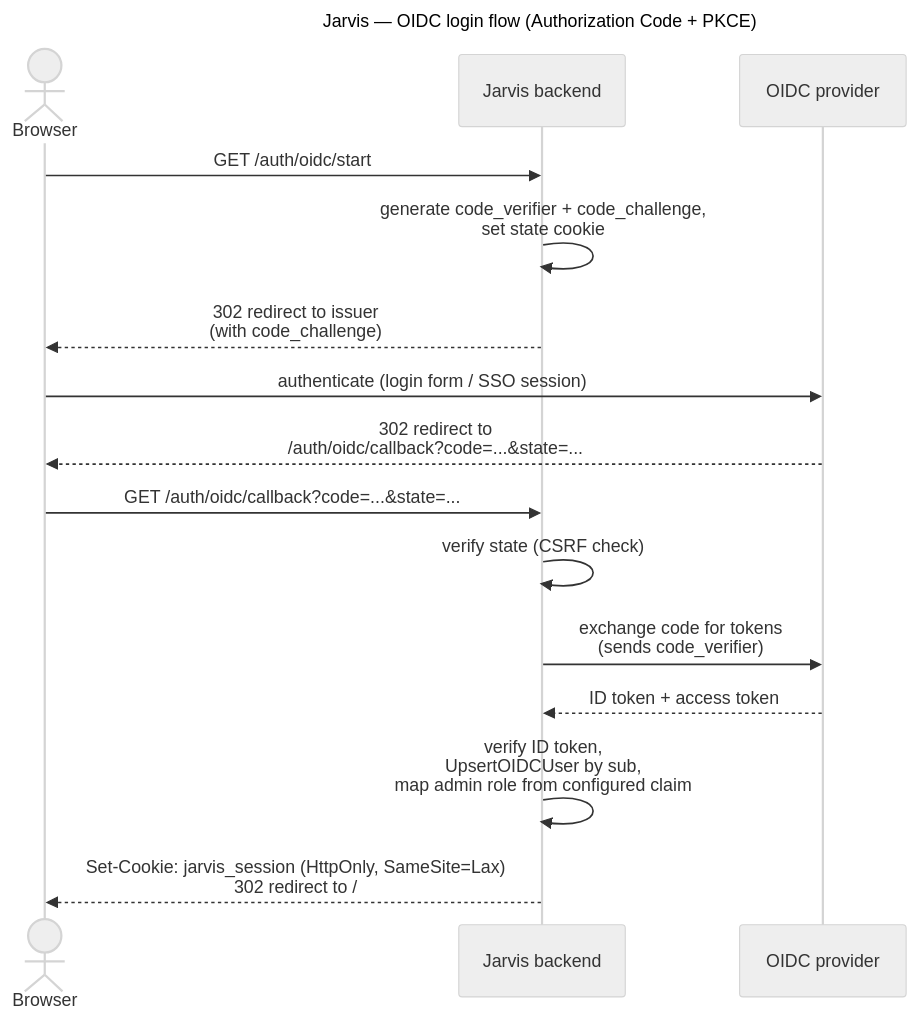
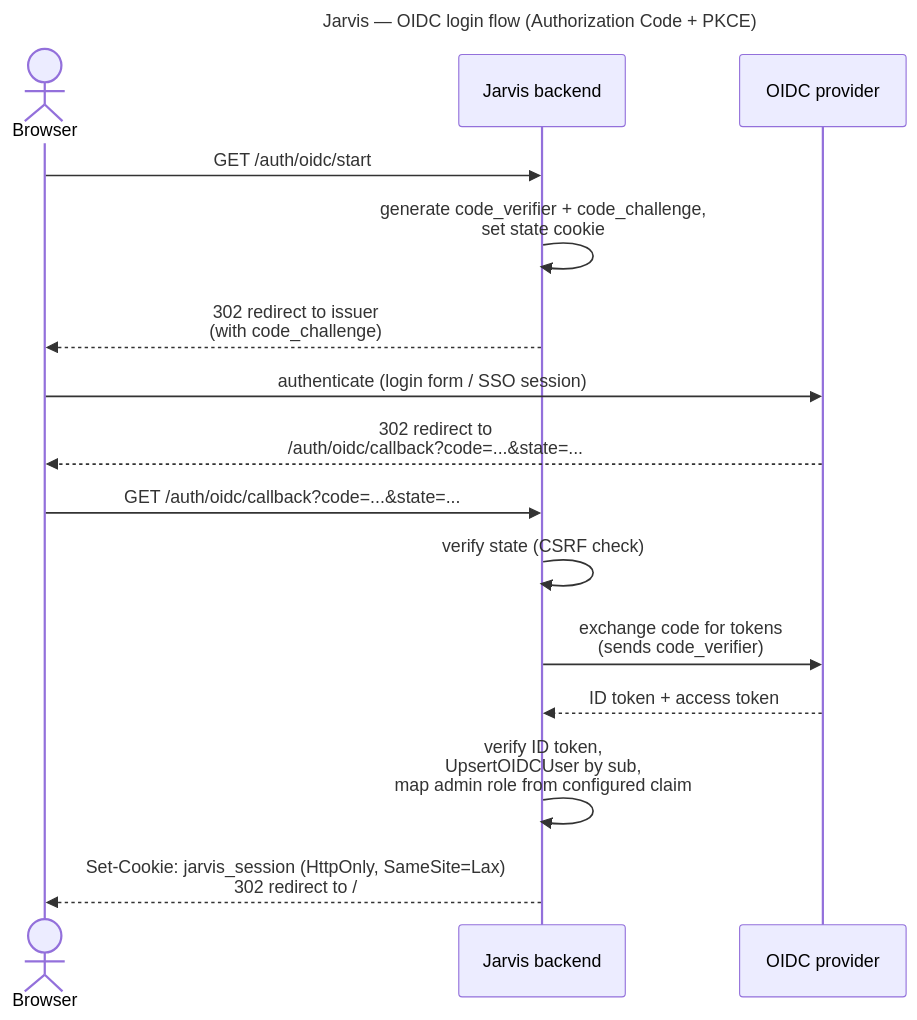
One commit to kj187/jarvis changed the diagram in docs/diagrams/oidc-login-flow.mmd. Above: the diagram before and after it, drawn with Mermaid. The commit also changed 38 other files, not shown here.

```diff
--- a/docs/diagrams/oidc-login-flow.mmd
+++ b/docs/diagrams/oidc-login-flow.mmd
@@ -1,21 +1,19 @@
 ---
 title: Jarvis — OIDC login flow (Authorization Code + PKCE)
-config:
-  theme: neutral
 ---
 sequenceDiagram
     actor U as Browser
     participant J as Jarvis backend
     participant O as OIDC provider
 
     U->>J: GET /auth/oidc/start
     J->>J: generate code_verifier + code_challenge,<br/>set state cookie
     J-->>U: 302 redirect to issuer<br/>(with code_challenge)
     U->>O: authenticate (login form / SSO session)
     O-->>U: 302 redirect to<br/>/auth/oidc/callback?code=...&state=...
     U->>J: GET /auth/oidc/callback?code=...&state=...
     J->>J: verify state (CSRF check)
     J->>O: exchange code for tokens<br/>(sends code_verifier)
     O-->>J: ID token + access token
     J->>J: verify ID token,<br/>UpsertOIDCUser by sub,<br/>map admin role from configured claim
     J-->>U: Set-Cookie: jarvis_session (HttpOnly, SameSite=Lax)<br/>302 redirect to /
```
